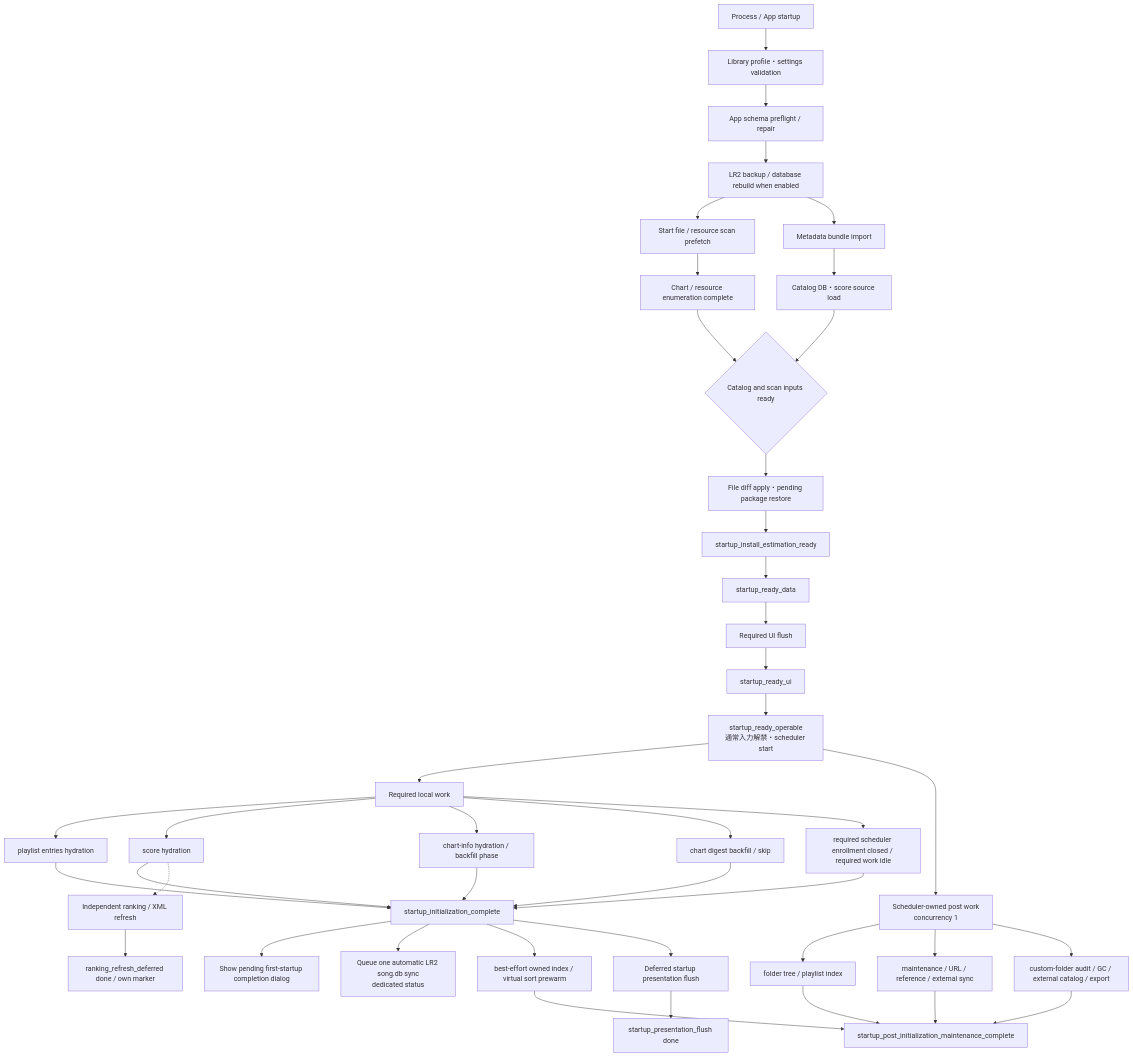
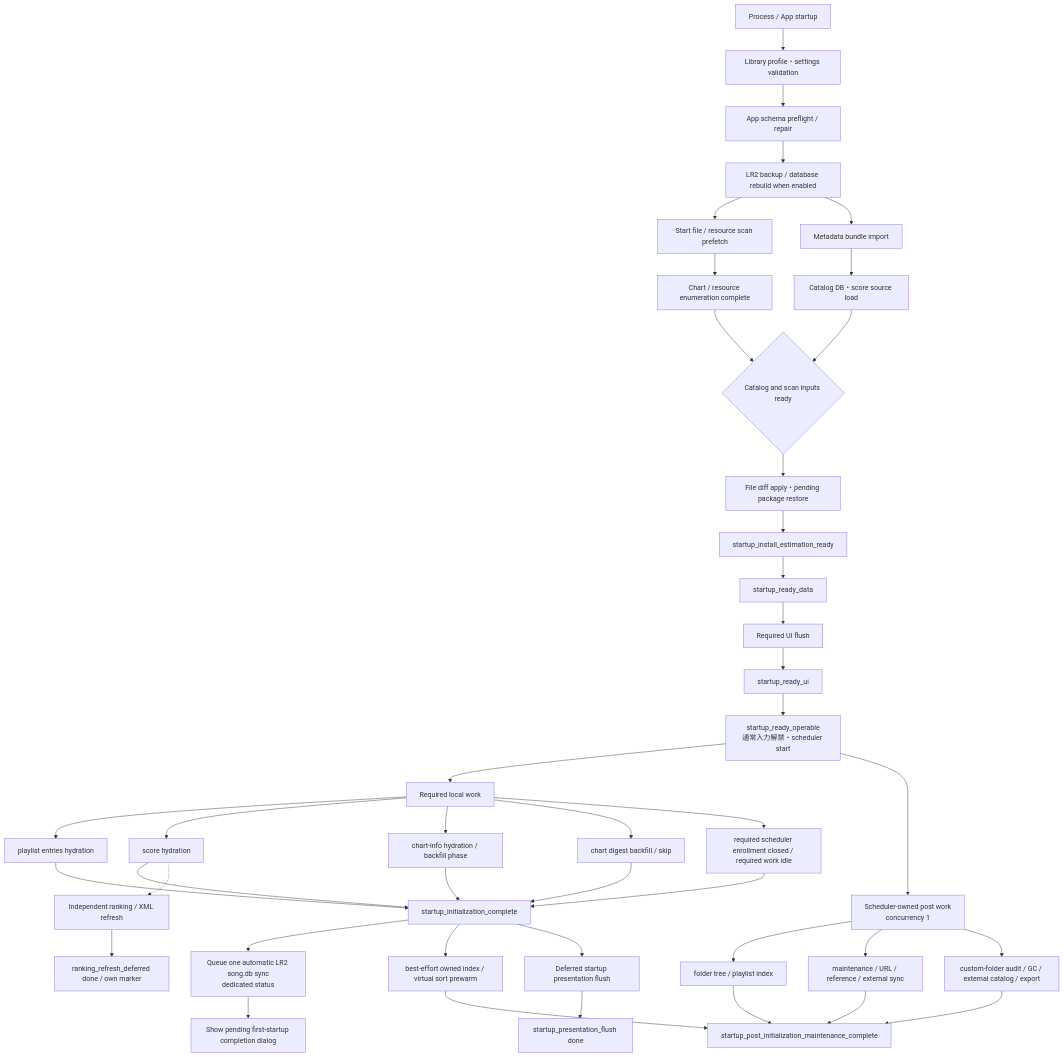
The diagram in devdocs/spec/startup-initialization-flow.md (Neeted/bemusicseeker-unofficial-fork), drawn with Mermaid before and after one commit. The commit also changed other lines of this file and 2 other files, not shown here.

````diff
--- a/devdocs/spec/startup-initialization-flow.md
+++ b/devdocs/spec/startup-initialization-flow.md
@@ -25,46 +25,46 @@
 ```mermaid
 flowchart TD
     A[Process / App startup] --> B[Library profile・settings validation]
     B --> C[App schema preflight / repair]
     C --> X[LR2 backup / database rebuild when enabled]
     X --> S[Start file / resource scan prefetch]
     X --> D[Metadata bundle import]
     D --> E[Catalog DB・score source load]
     S --> F[Chart / resource enumeration complete]
     E --> Q{Catalog and scan inputs ready}
     F --> Q
     Q --> G[File diff apply・pending package restore]
     G --> H[startup_install_estimation_ready]
     H --> I[startup_ready_data]
     I --> J[Required UI flush]
     J --> K[startup_ready_ui]
     K --> L[startup_ready_operable<br/>通常入力解禁・scheduler start]
 
     L --> R1[Required local work]
     R1 --> R2[playlist entries hydration]
     R1 --> R3[score hydration]
     R1 --> R4[chart-info hydration / backfill phase]
     R1 --> R5[chart digest backfill / skip]
     R1 --> R6[required scheduler enrollment closed / required work idle]
     R2 --> M[startup_initialization_complete]
     R3 --> M
     R4 --> M
     R5 --> M
     R6 --> M
-    M --> C1[Show pending first-startup completion dialog]
     M --> C2[Queue one automatic LR2 song.db sync<br/>dedicated status]
+    C2 --> C1[Show pending first-startup completion dialog]
 
     L --> P1[Scheduler-owned post work<br/>concurrency 1]
     P1 --> P2[folder tree / playlist index]
     P1 --> P3[maintenance / URL / reference / external sync]
     P1 --> P4[custom-folder audit / GC / external catalog / export]
     M --> P5[best-effort owned index / virtual sort prewarm]
     P2 --> Z[startup_post_initialization_maintenance_complete]
     P3 --> Z
     P4 --> Z
     P5 --> Z
     R3 -.-> P6[Independent ranking / XML refresh]
     P6 --> P7[ranking_refresh_deferred done / own marker]
     M --> P8[Deferred startup presentation flush]
     P8 --> P9[startup_presentation_flush done]
 ```
````
